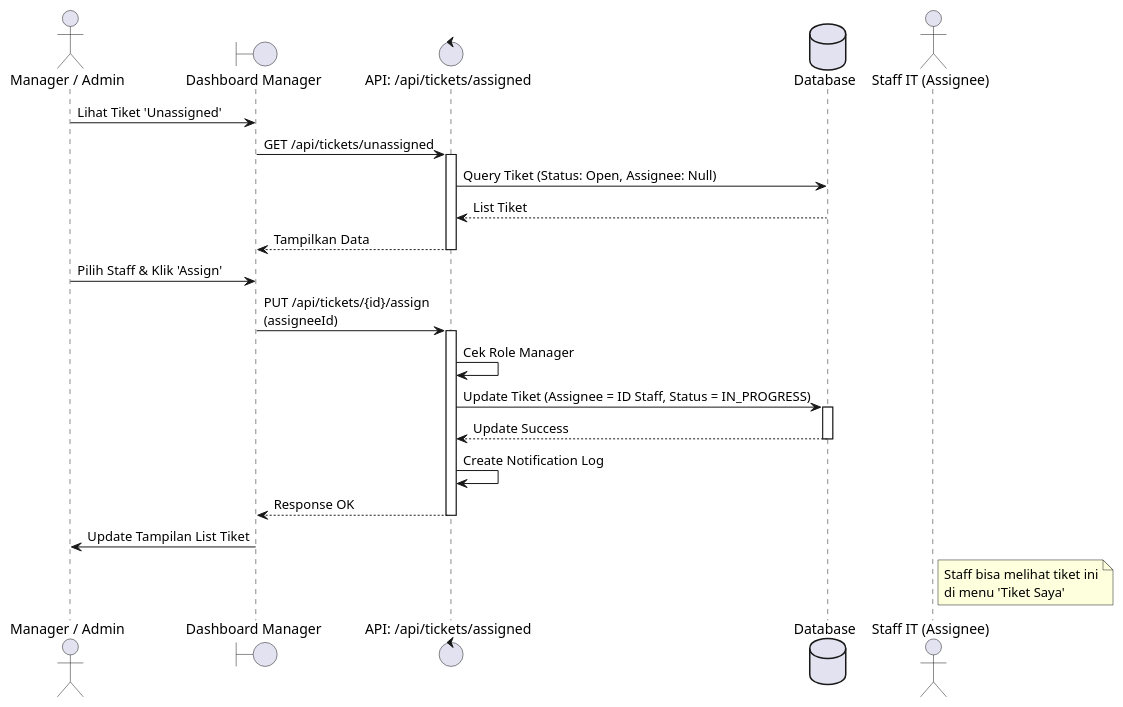
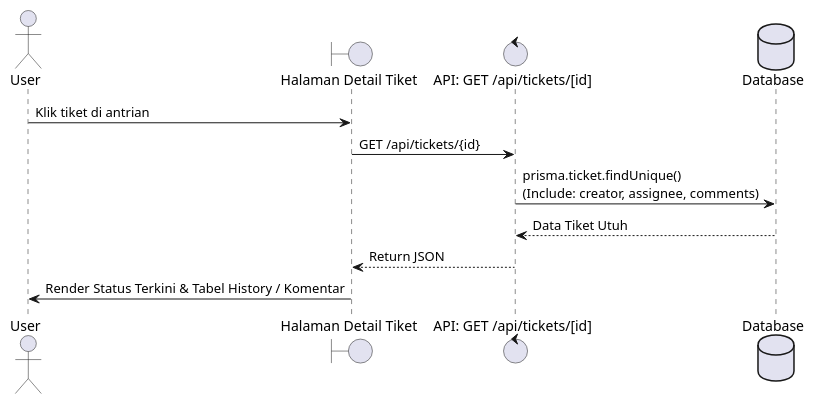
One commit to mrahmatfadila/bissmillah-skripsi-web changed the sixth of 15 diagrams in docs/SEQUENCE_DIAGRAMS_PLANTUML.md. Above: the diagram before and after it, drawn with PlantUML. The commit also changed other lines of this file and 41 other files, not shown here.

````diff
--- a/docs/SEQUENCE_DIAGRAMS_PLANTUML.md
+++ b/docs/SEQUENCE_DIAGRAMS_PLANTUML.md
@@ -98,36 +120,15 @@
 ```plantuml
 @startuml
-actor Manager as "Manager / Admin"
-boundary UI as "Dashboard Manager"
-control API as "API: /api/tickets/assigned"
+actor User as "User"
+boundary UI as "Halaman Detail Tiket"
+control Server as "API: GET /api/tickets/[id]"
 database DB as "Database"
-actor Staff as "Staff IT (Assignee)"
 
-Manager -> UI : Lihat Tiket 'Unassigned'
-UI -> API : GET /api/tickets/unassigned
-activate API
-API -> DB : Query Tiket (Status: Open, Assignee: Null)
-DB --> API : List Tiket
-API --> UI : Tampilkan Data
-deactivate API
-
-Manager -> UI : Pilih Staff & Klik 'Assign'
-UI -> API : PUT /api/tickets/{id}/assign\n(assigneeId)
-activate API
-
-API -> API : Cek Role Manager
-API -> DB : Update Tiket (Assignee = ID Staff, Status = IN_PROGRESS)
-activate DB
-DB --> API : Update Success
-deactivate DB
-
-API -> API : Create Notification Log
-
-API --> UI : Response OK
-deactivate API
-
-UI -> Manager : Update Tampilan List Tiket
-
-note right of Staff : Staff bisa melihat tiket ini\ndi menu 'Tiket Saya'
+User -> UI : Klik tiket di antrian
+UI -> Server : GET /api/tickets/{id}
+Server -> DB : prisma.ticket.findUnique()\n(Include: creator, assignee, comments)
+DB --> Server : Data Tiket Utuh
+Server --> UI : Return JSON 
+UI -> User : Render Status Terkini & Tabel History / Komentar
 @enduml
 ```
````
